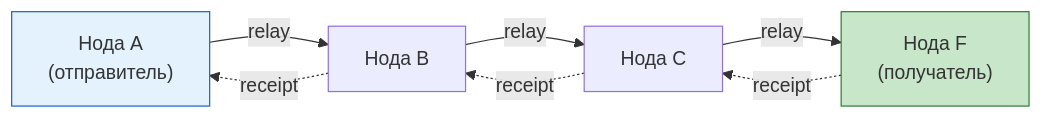
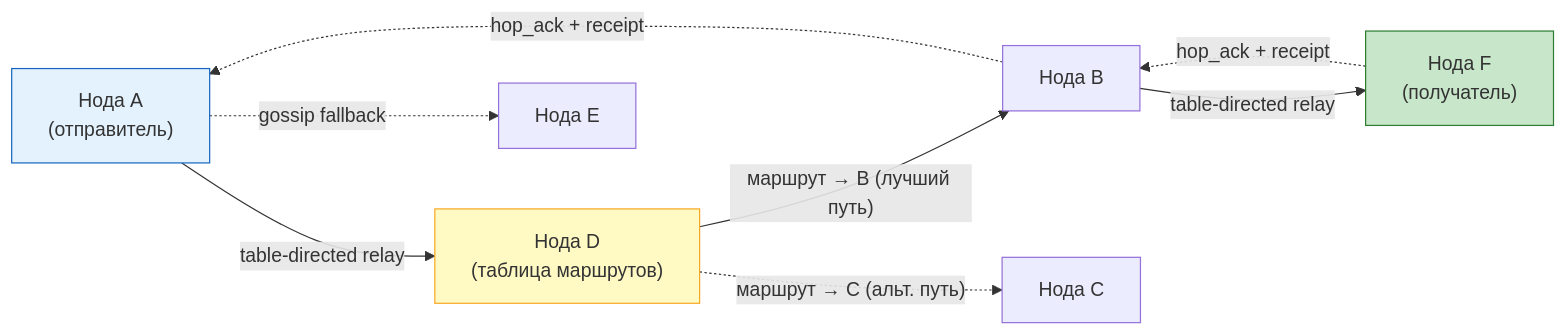
The first of 34 diagrams in docs/roadmap.ru.md (piratecash/corsa), drawn with Mermaid before and after one commit. The commit also changed other lines of this file and 36 other files, not shown here.

````diff
--- a/docs/roadmap.ru.md
+++ b/docs/roadmap.ru.md
@@ -74,10 +72,13 @@
 ```mermaid
 graph LR
-    A["Нода A<br/>(отправитель)"] -->|relay| B["Нода B"]
-    B -->|relay| C["Нода C"]
-    C -->|relay| F["Нода F<br/>(получатель)"]
-    F -.->|receipt| C -.->|receipt| B -.->|receipt| A
+    A["Нода A<br/>(отправитель)"] -->|table-directed relay| D["Нода D<br/>(таблица маршрутов)"]
+    D -->|"маршрут → B (лучший путь)"| B["Нода B"]
+    D -.->|"маршрут → C (альт. путь)"| C["Нода C"]
+    B -->|table-directed relay| F["Нода F<br/>(получатель)"]
+    F -.->|hop_ack + receipt| B -.->|hop_ack + receipt| A
+    A -.->|gossip fallback| E["Нода E"]
 
     style A fill:#e3f2fd,stroke:#1565c0
+    style D fill:#fff9c4,stroke:#f9a825
     style F fill:#c8e6c9,stroke:#2e7d32
 ```
````
